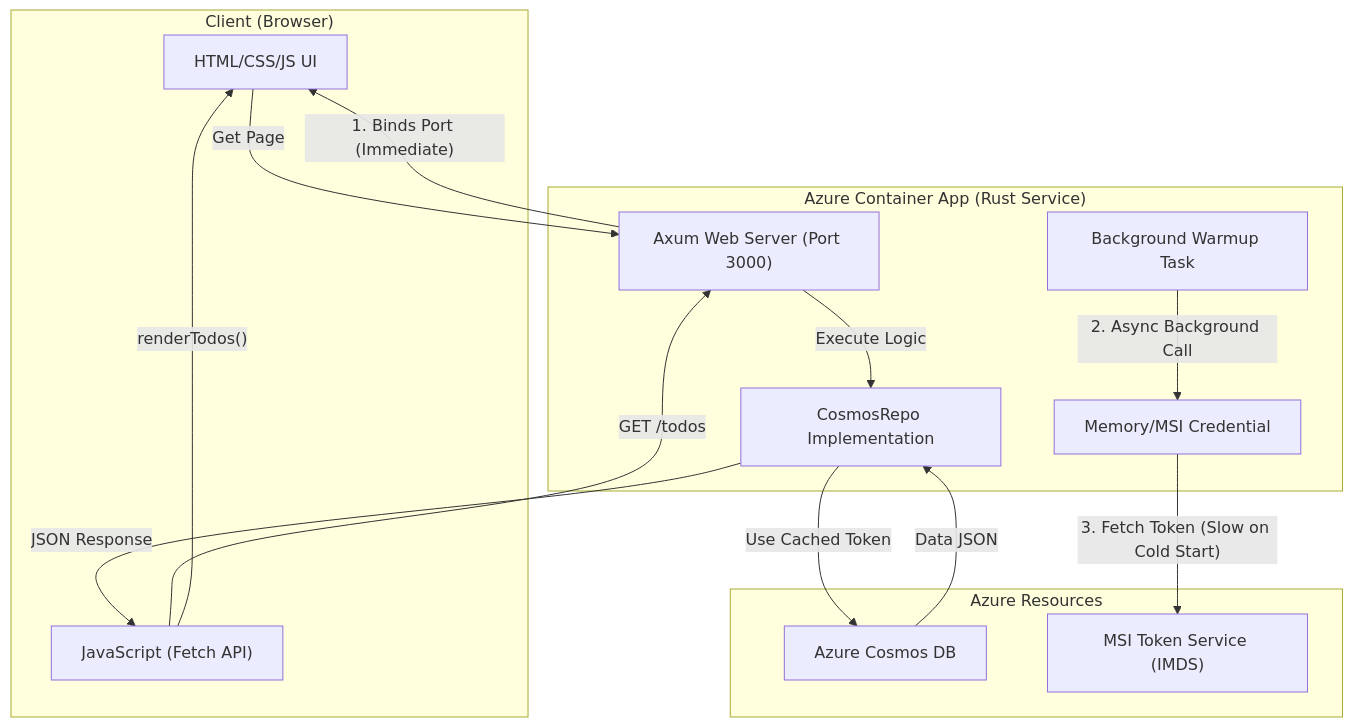
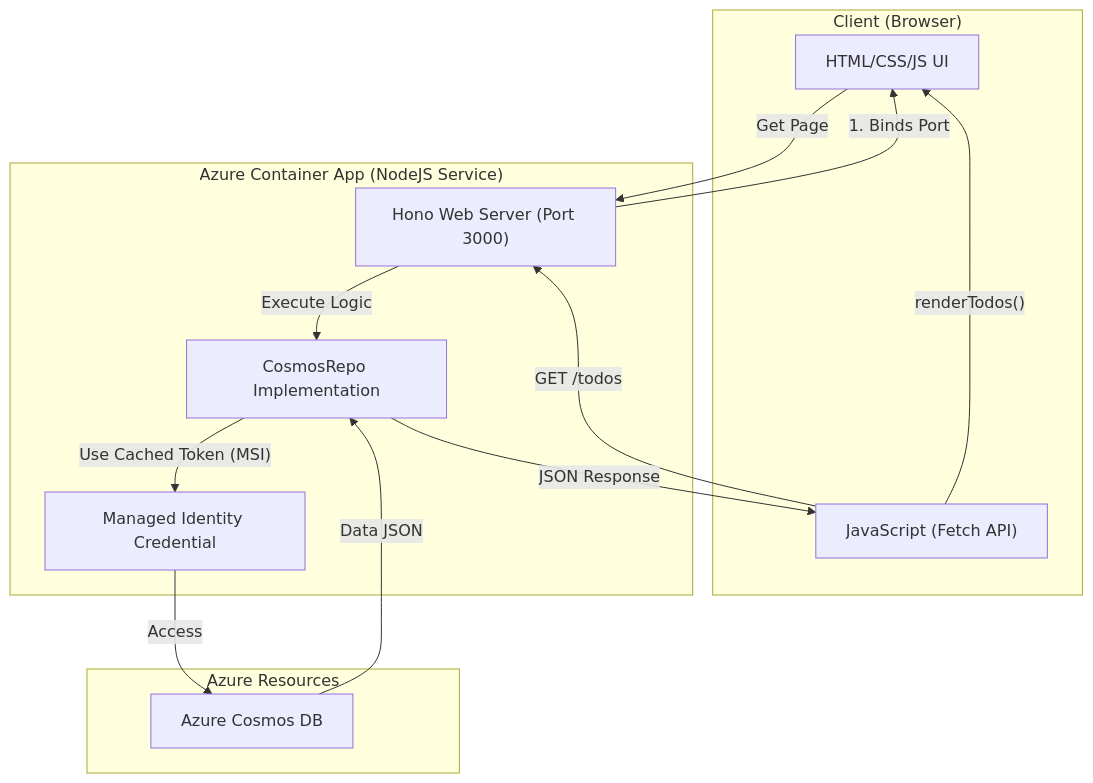
Before and after one commit to yoonghan/az-walcron: the diagram in README.md, drawn with Mermaid. The commit also changed other lines of this file and 13 other files, not shown here.

Commit message:
Migrate to use NodeJS instead of Rust.

````diff
--- a/README.md
+++ b/README.md
@@ -49,33 +54,30 @@
 ```mermaid
 graph TD
     subgraph "Client (Browser)"
         UI["HTML/CSS/JS UI"]
         JS["JavaScript (Fetch API)"]
     end
 
-    subgraph "Azure Container App (Rust Service)"
-        Axum["Axum Web Server (Port 3000)"]
+    subgraph "Azure Container App (NodeJS Service)"
+        Hono["Hono Web Server (Port 3000)"]
         Repo["CosmosRepo Implementation"]
-        Auth["Memory/MSI Credential"]
-        Warmup["Background Warmup Task"]
+        Auth["Managed Identity Credential"]
     end
 
     subgraph "Azure Resources"
         Cosmos["Azure Cosmos DB"]
-        IMDS["MSI Token Service (IMDS)"]
     end
 
     %% Initialization Flow
-    Axum -- "1. Binds Port (Immediate)" --> UI
-    Warmup -- "2. Async Background Call" --> Auth
-    Auth -- "3. Fetch Token (Slow on Cold Start)" --> IMDS
+    Hono -- "1. Binds Port" --> UI
 
     %% Request Flow
-    UI -- "Get Page" --> Axum
-    JS -- "GET /todos" --> Axum
-    Axum -- "Execute Logic" --> Repo
-    Repo -- "Use Cached Token" --> Cosmos
+    UI -- "Get Page" --> Hono
+    JS -- "GET /todos" --> Hono
+    Hono -- "Execute Logic" --> Repo
+    Repo -- "Use Cached Token (MSI)" --> Auth
+    Auth -- "Access" --> Cosmos
     Cosmos -- "Data JSON" --> Repo
     Repo -- "JSON Response" --> JS
     JS -- "renderTodos()" --> UI
 ```
````
